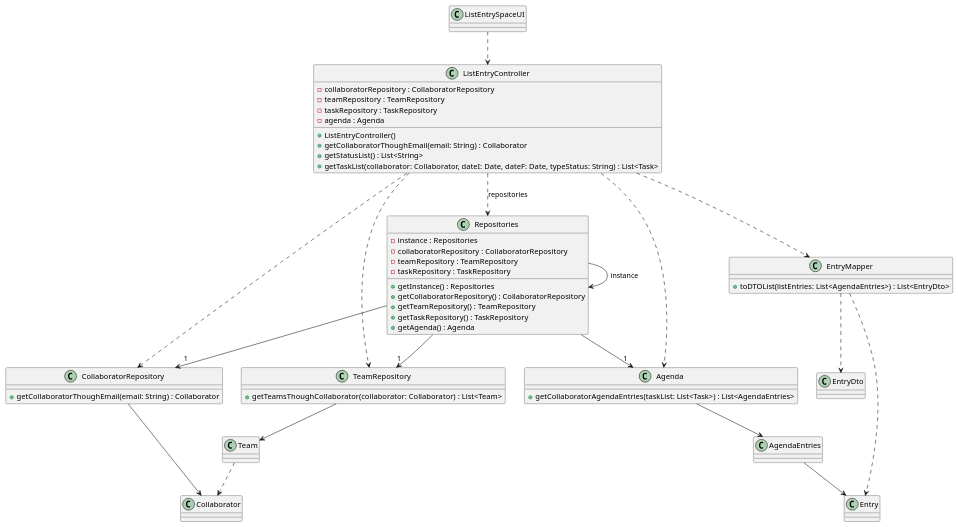
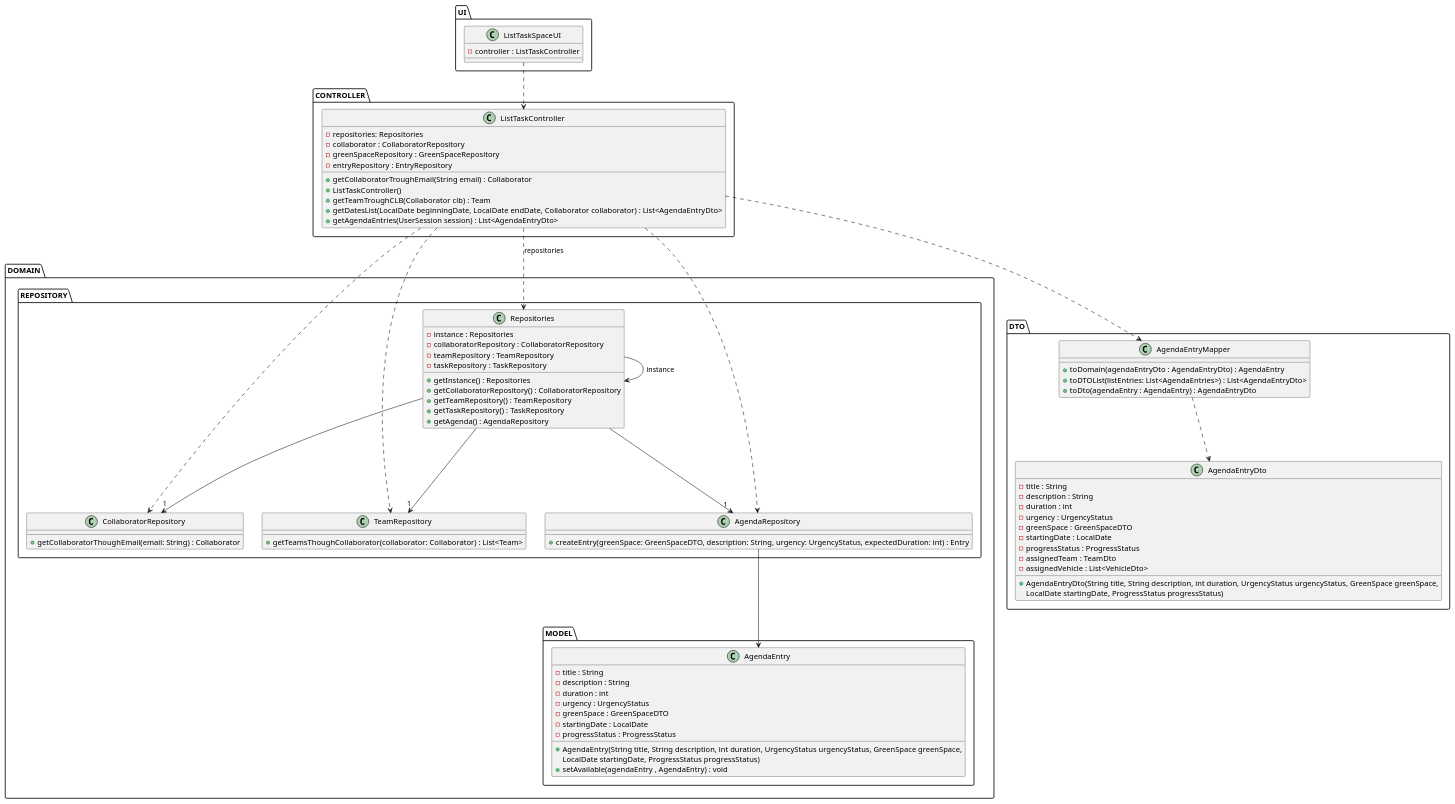
The diagram in docs/sprintC/us028/03.design/puml/us028-class-diagram.puml (ricardomm7/leaflink), drawn with PlantUML before and after one commit. The commit also changed 2 other files, not shown here.

```diff
--- a/docs/sprintC/us028/03.design/puml/us028-class-diagram.puml
+++ b/docs/sprintC/us028/03.design/puml/us028-class-diagram.puml
@@ -1,82 +1,107 @@
 @startuml
 skinparam shadowing false
 skinparam line type polyline
 
-class ListEntrySpaceUI {
+package UI {
+class ListTaskSpaceUI {
+    - controller : ListTaskController
+}
 }
 
-class ListEntryController {
-    - collaboratorRepository : CollaboratorRepository
-    - teamRepository : TeamRepository
-    - taskRepository : TaskRepository
-    - agenda : Agenda
-    + ListEntryController()
-    + getCollaboratorThoughEmail(email: String) : Collaborator
-    + getStatusList() : List<String>
-    + getTaskList(collaborator: Collaborator, dateI: Date, dateF: Date, typeStatus: String) : List<Task>
+package CONTROLLER {
+class ListTaskController {
+    - repositories: Repositories
+    - collaborator : CollaboratorRepository
+    - greenSpaceRepository : GreenSpaceRepository
+    - entryRepository : EntryRepository
+    + getCollaboratorTroughEmail(String email) : Collaborator
+    + ListTaskController()
+    + getTeamTroughCLB(Collaborator clb) : Team
+    + getDatesList(LocalDate beginningDate, LocalDate endDate, Collaborator collaborator) : List<AgendaEntryDto>
+    + getAgendaEntries(UserSession session) : List<AgendaEntryDto>
 }
-
+}
+package DOMAIN {
+package REPOSITORY {
 class Repositories {
     - instance : Repositories
     - collaboratorRepository : CollaboratorRepository
     - teamRepository : TeamRepository
     - taskRepository : TaskRepository
     + getInstance() : Repositories
     + getCollaboratorRepository() : CollaboratorRepository
     + getTeamRepository() : TeamRepository
     + getTaskRepository() : TaskRepository
-    + getAgenda() : Agenda
+    + getAgenda() : AgendaRepository
 }
 
 class CollaboratorRepository {
     + getCollaboratorThoughEmail(email: String) : Collaborator
 }
 
 class TeamRepository {
     + getTeamsThoughCollaborator(collaborator: Collaborator) : List<Team>
 }
 
-class Agenda {
-    + getCollaboratorAgendaEntries(taskList: List<Task>) : List<AgendaEntries>
+class AgendaRepository {
+    + createEntry(greenSpace: GreenSpaceDTO, description: String, urgency: UrgencyStatus, expectedDuration: int) : Entry
 }
-
-class EntryMapper {
-    + toDTOList(listEntries: List<AgendaEntries>) : List<EntryDto>
-}
-
-class Collaborator {
-}
-
-class Team {
-}
-
-class AgendaEntries {
-}
-
-class EntryDto {
 }
 
 
 
-ListEntrySpaceUI ..> ListEntryController
+package MODEL{
+class AgendaEntry {
+    - title : String
+    - description : String
+    - duration : int
+    - urgency : UrgencyStatus
+    - greenSpace : GreenSpaceDTO
+    - startingDate : LocalDate
+    - progressStatus : ProgressStatus
 
-ListEntryController ..> EntryMapper
-ListEntryController ..> Repositories: repositories
+    +AgendaEntry(String title, String description, int duration, UrgencyStatus urgencyStatus, GreenSpace greenSpace,
+                            LocalDate startingDate, ProgressStatus progressStatus)
+    + setAvailable(agendaEntry , AgendaEntry) : void
+}
+}
+}
+package DTO {
+class AgendaEntryDto {
+    - title : String
+    - description : String
+    - duration : int
+    - urgency : UrgencyStatus
+    - greenSpace : GreenSpaceDTO
+    - startingDate : LocalDate
+    - progressStatus : ProgressStatus
+    - assignedTeam : TeamDto
+    - assignedVehicle : List<VehicleDto>
+    +AgendaEntryDto(String title, String description, int duration, UrgencyStatus urgencyStatus, GreenSpace greenSpace,
+                            LocalDate startingDate, ProgressStatus progressStatus)
+}
+
+class AgendaEntryMapper {
+    + toDomain(agendaEntryDto : AgendaEntryDto) : AgendaEntry
+    + toDTOList(listEntries: List<AgendaEntries>) : List<AgendaEntryDto>
+    + toDto(agendaEntry : AgendaEntry) : AgendaEntryDto
+}
+}
+
+ListTaskSpaceUI ..> ListTaskController
+
+ListTaskController ..> AgendaEntryMapper
+ListTaskController ..> Repositories: repositories
 Repositories --> Repositories: instance
-ListEntryController ..> CollaboratorRepository
-ListEntryController ..> TeamRepository
-ListEntryController ..> Agenda
+ListTaskController ..> CollaboratorRepository
+ListTaskController ..> TeamRepository
+ListTaskController ..> AgendaRepository
 Repositories --> "1" CollaboratorRepository
 Repositories --> "1" TeamRepository
-Repositories --> "1" Agenda
+Repositories --> "1" AgendaRepository
 
-Agenda --> AgendaEntries
+AgendaRepository --> AgendaEntry
 
-AgendaEntries --> Entry
-EntryMapper ..> EntryDto
-EntryMapper ..> Entry
-TeamRepository --> Team
+AgendaEntryMapper ..> AgendaEntryDto
 
-Team ..> Collaborator
-CollaboratorRepository --> Collaborator
 @enduml
```
